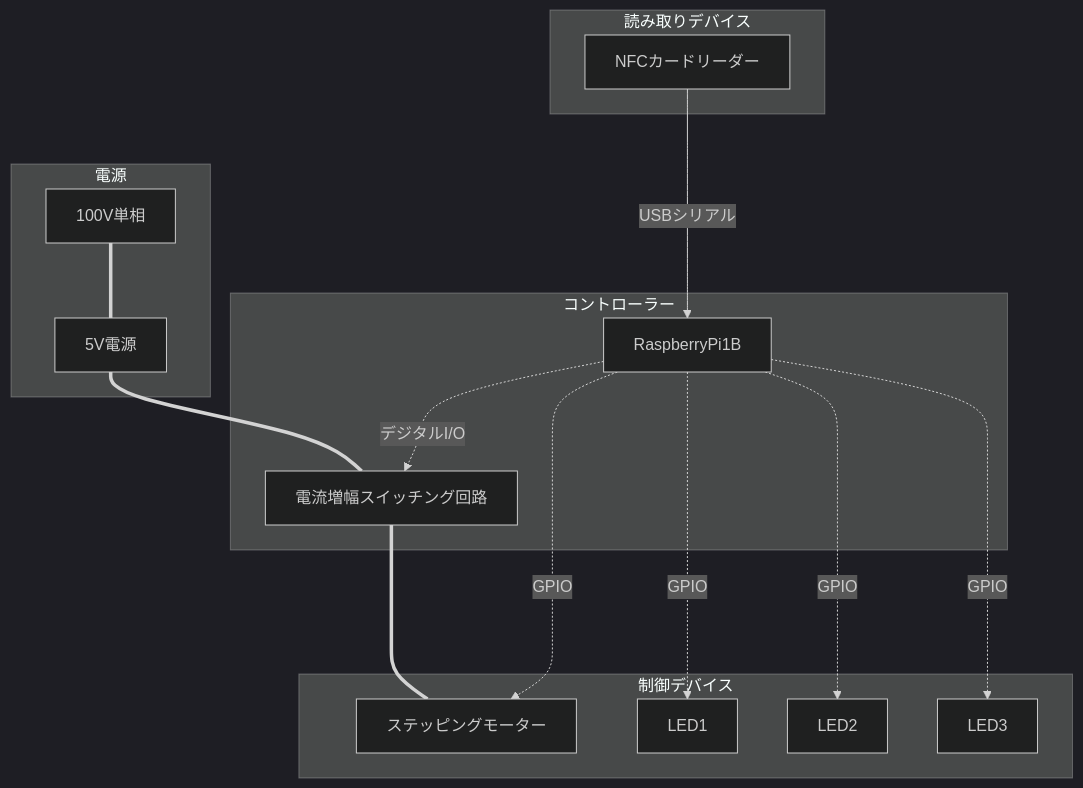
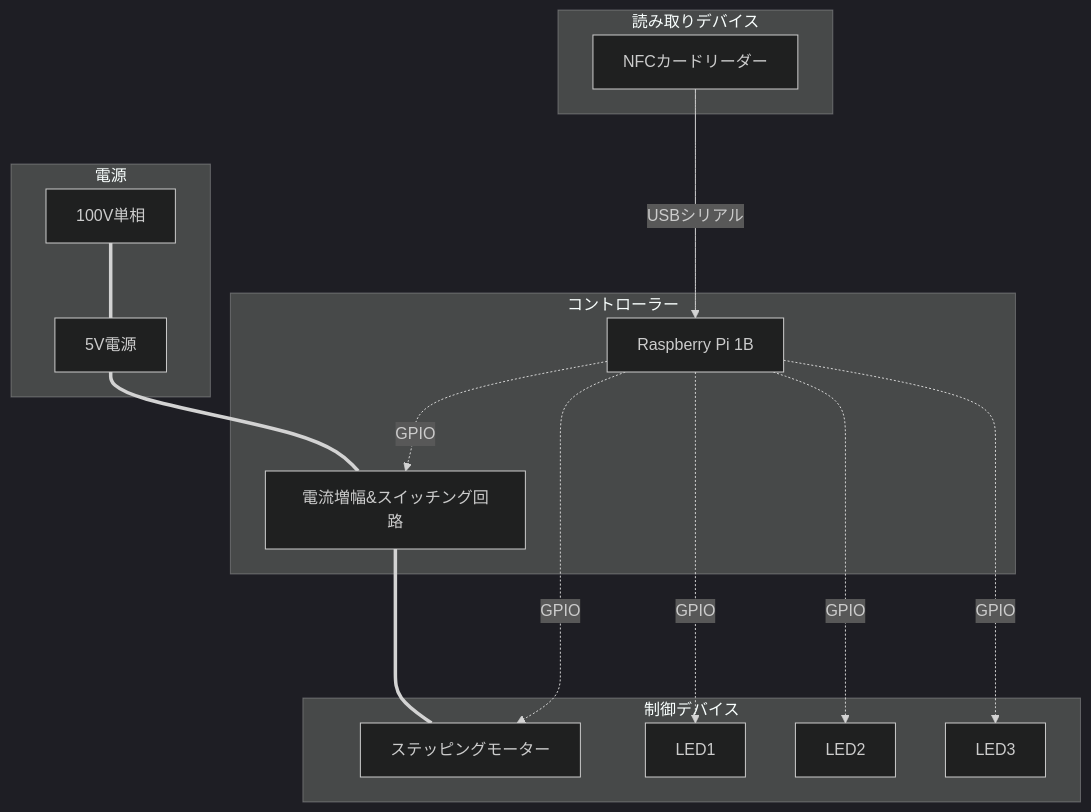
Before and after one commit to YUKI-SOKENDAI/SmartLock: the first of 2 diagrams in memo/SystemMEMO.md, drawn with Mermaid (dark theme). The commit also changed other lines of this file, not shown here.

````diff
--- a/memo/SystemMEMO.md
+++ b/memo/SystemMEMO.md
@@ -6,29 +6,29 @@
 ```mermaid
 flowchart TD;
     subgraph コントローラー
-        RaspberryPi1B;
-        電流増幅スイッチング回路;
+        CntNode0[Raspberry Pi 1B];
+        CntNode1[電流増幅&スイッチング回路];
     end
     subgraph 電源
         100V単相;
         5V電源;
     end
     subgraph 制御デバイス
         ステッピングモーター;
         LED1;
         LED2;
         LED3;
     end
     subgraph 読み取りデバイス
         NFCカードリーダー;
     end
     100V単相===5V電源;
-    5V電源===電流増幅スイッチング回路;
-    NFCカードリーダー--->|USBシリアル|RaspberryPi1B;
-    RaspberryPi1B-.デジタルI/O-.->電流増幅スイッチング回路;
-    電流増幅スイッチング回路====ステッピングモーター;
-    RaspberryPi1B-.GPIO-.->ステッピングモーター;
-    RaspberryPi1B-.GPIO-.->LED1;
-    RaspberryPi1B-.GPIO-.->LED2;
-    RaspberryPi1B-.GPIO-.->LED3;
+    5V電源===CntNode1;
+    NFCカードリーダー--->|USBシリアル|CntNode0;
+    CntNode0-.GPIO-.->CntNode1;
+    CntNode1====ステッピングモーター;
+    CntNode0-.GPIO-.->ステッピングモーター;
+    CntNode0-.GPIO-.->LED1;
+    CntNode0-.GPIO-.->LED2;
+    CntNode0-.GPIO-.->LED3;
 ```
````
